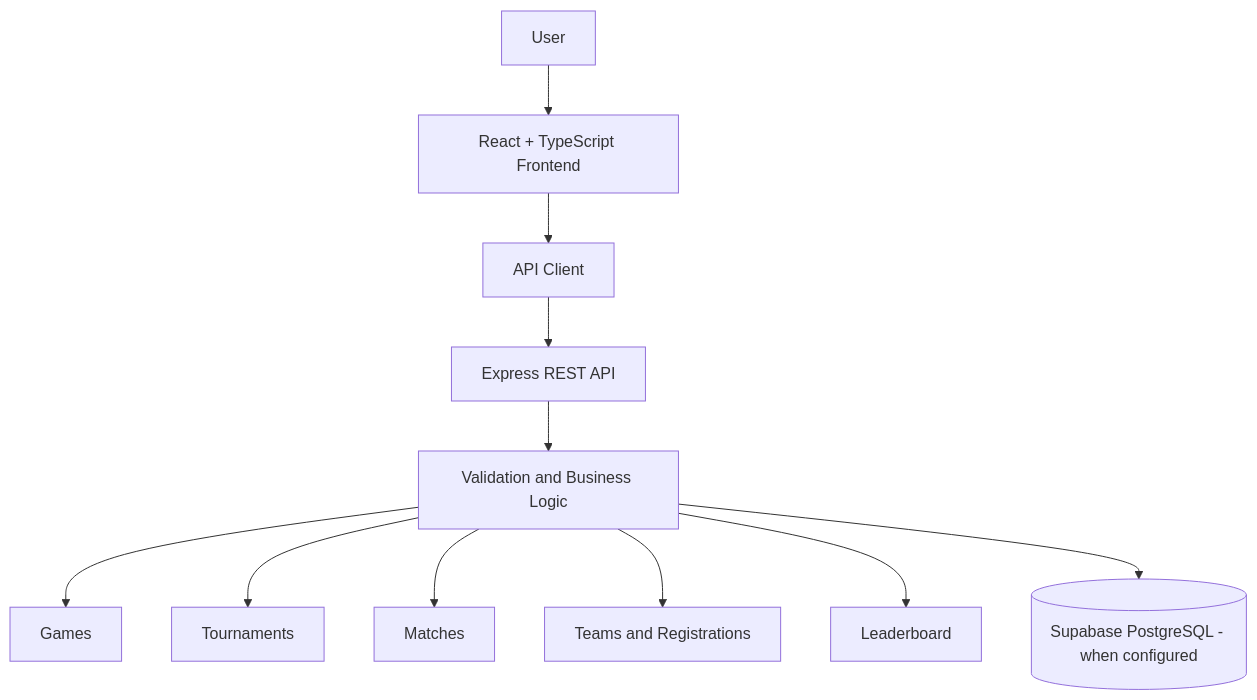
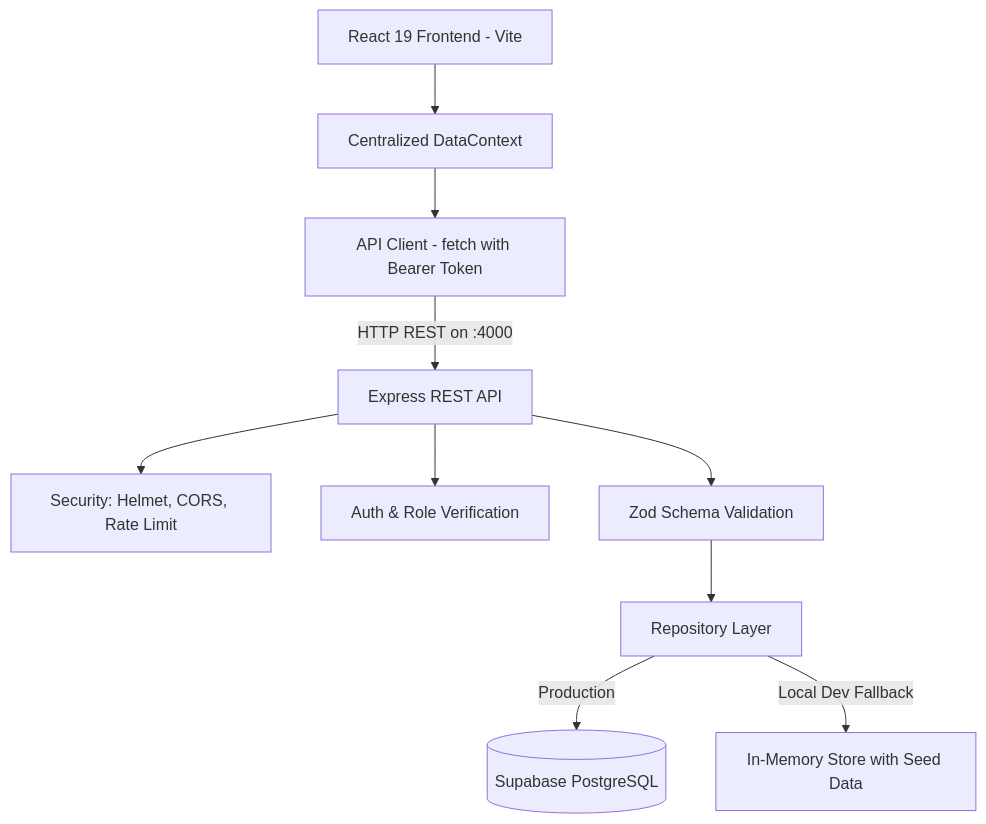
One commit to Ahad-Panhwer/ClusterHub changed the diagram in README.md. Above: the diagram before and after it, drawn with Mermaid. The commit also changed other lines of this file and 103 other files, not shown here.

````diff
--- a/README.md
+++ b/README.md
@@ -117,13 +29,12 @@
 ```mermaid
-flowchart TD
-    A[User] --> B[React + TypeScript Frontend]
-    B --> C[API Client]
-    C --> D[Express REST API]
-    D --> E[Validation and Business Logic]
-    E --> F[Games]
-    E --> G[Tournaments]
-    E --> H[Matches]
-    E --> I[Teams and Registrations]
-    E --> J[Leaderboard]
-    E --> K[(Supabase PostgreSQL - when configured)]
+graph TD
+    A[React 19 Frontend - Vite] --> B[Centralized DataContext]
+    B --> C[API Client - fetch with Bearer Token]
+    C -->|HTTP REST on :4000| D[Express REST API]
+    D --> E[Security: Helmet, CORS, Rate Limit]
+    D --> F[Auth & Role Verification]
+    D --> G[Zod Schema Validation]
+    G --> H[Repository Layer]
+    H -->|Production| I[(Supabase PostgreSQL)]
+    H -->|Local Dev Fallback| J[In-Memory Store with Seed Data]
 ```
````
